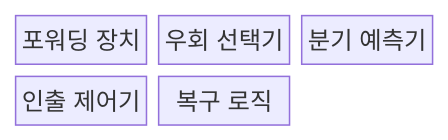
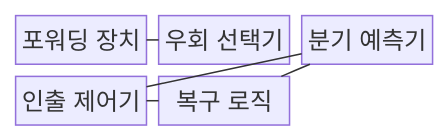
Before and after one commit to agnusdei1207/knowledge-base: the first of 2 diagrams in src/content/docs/notes/02-hardware/008_pipeline_forwarding_branch_prediction.md, drawn with Mermaid. The commit also changed other lines of this file and 20 other files, not shown here.

````diff
--- a/src/content/docs/notes/02-hardware/008_pipeline_forwarding_branch_prediction.md
+++ b/src/content/docs/notes/02-hardware/008_pipeline_forwarding_branch_prediction.md
@@ -63,10 +63,8 @@
 ```mermaid
 block
     columns 3
-    F["포워딩 장치"]
-    M["우회 선택기"]
-    B["분기 예측기"]
-    I["인출 제어기"]
-    R["복구 로직"]
-    space
+    F["포워딩 장치"] --- M["우회 선택기"]
+    B["분기 예측기"] --- I["인출 제어기"]
+    B --- R["복구 로직"]
+    R --- I
 ```
````
